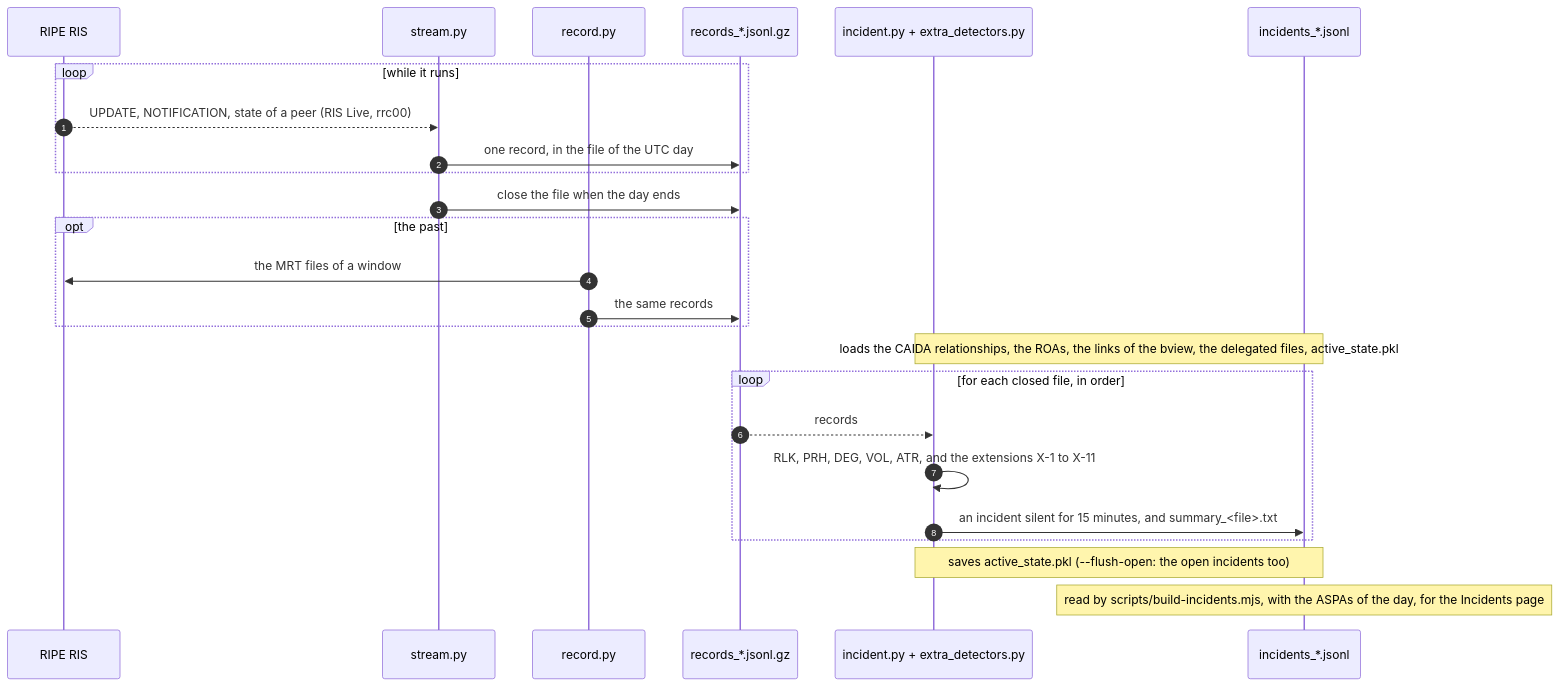
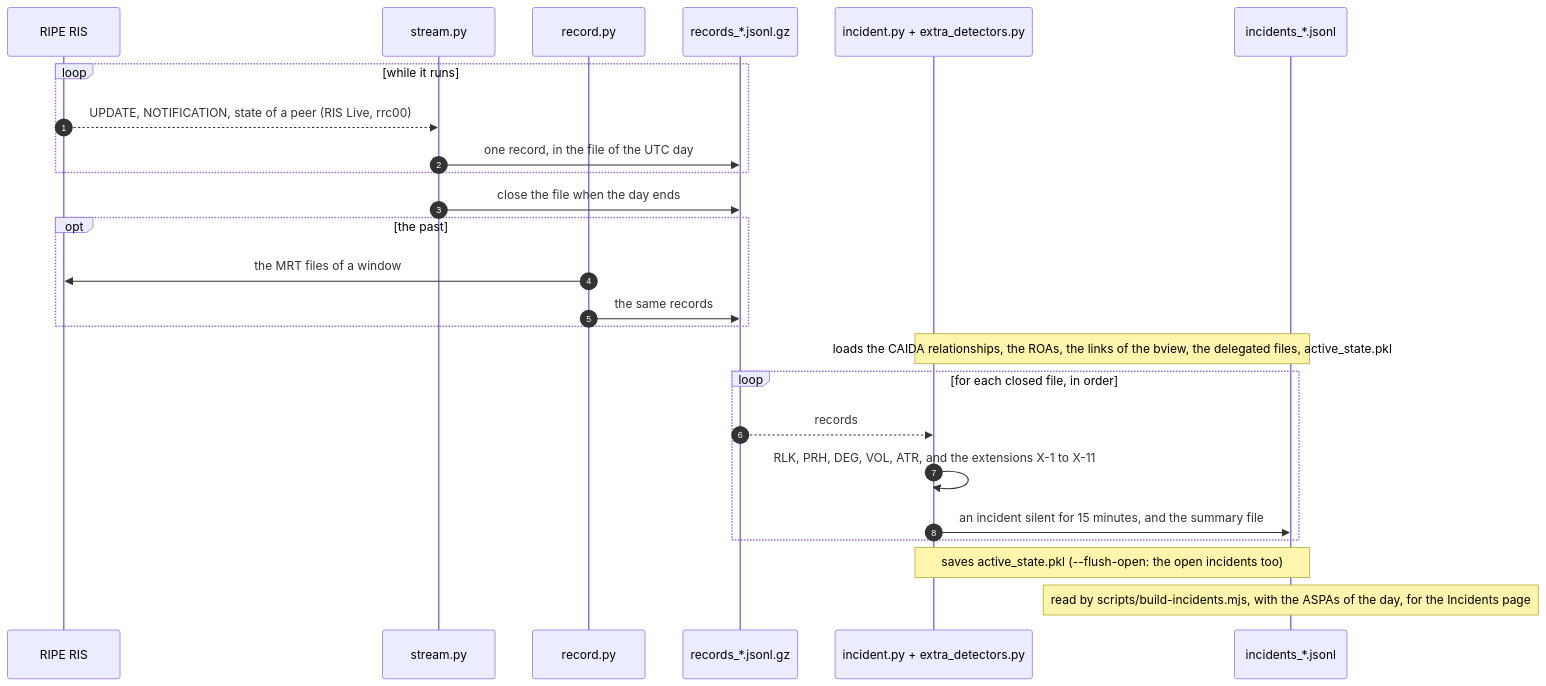
The diagram in tools/data_scripts/README.md (Antonio-Prado/aspa-explorer), drawn with Mermaid before and after one commit. The commit also changed other lines of this file and 15 other files, not shown here.

````diff
--- a/tools/data_scripts/README.md
+++ b/tools/data_scripts/README.md
@@ -11,30 +11,30 @@
 ```mermaid
 sequenceDiagram
     autonumber
     participant RIS as RIPE RIS
     participant S as stream.py
     participant R as record.py
     participant D as records_*.jsonl.gz
     participant I as incident.py + extra_detectors.py
     participant O as incidents_*.jsonl
 
     loop while it runs
         RIS-->>S: UPDATE, NOTIFICATION, state of a peer (RIS Live, rrc00)
         S->>D: one record, in the file of the UTC day
     end
     S->>D: close the file when the day ends
 
     opt the past
         R->>RIS: the MRT files of a window
         R->>D: the same records
     end
 
     Note over I,O: loads the CAIDA relationships, the ROAs, the links of the bview, the delegated files, active_state.pkl
     loop for each closed file, in order
         D-->>I: records
         I->>I: RLK, PRH, DEG, VOL, ATR, and the extensions X-1 to X-11
-        I->>O: an incident silent for 15 minutes, and summary_<file>.txt
+        I->>O: an incident silent for 15 minutes, and the summary file
     end
     Note over I,O: saves active_state.pkl (--flush-open: the open incidents too)
     Note over O: read by scripts/build-incidents.mjs, with the ASPAs of the day, for the Incidents page
 ```
````
